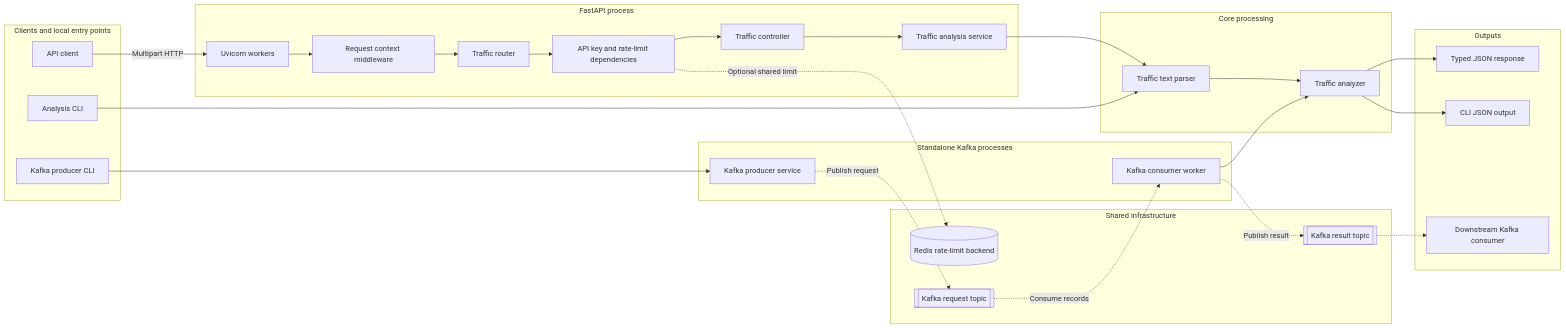
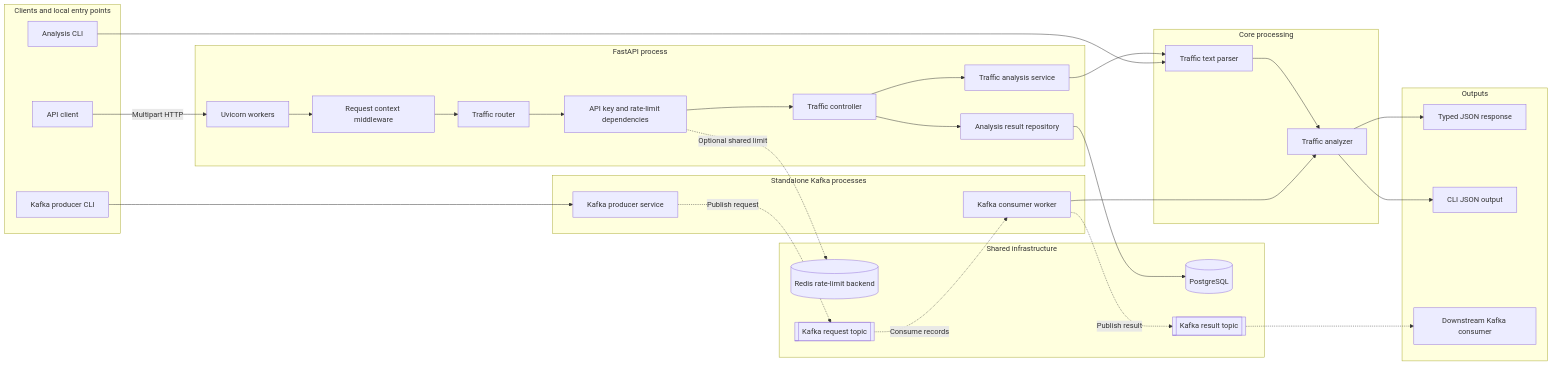
Before and after one commit to FairozaAmira/car-counter: the first of 2 diagrams in README.md, drawn with Mermaid. The commit also changed other lines of this file and 39 other files, not shown here.

Commit message:
feat(database): persist POST analysis results in PostgreSQL

````diff
--- a/README.md
+++ b/README.md
@@ -44,60 +47,64 @@
 ```mermaid
 flowchart LR
     subgraph clients["Clients and local entry points"]
         apiClient["API client"]
         analysisCli["Analysis CLI"]
         producerCli["Kafka producer CLI"]
     end
 
     subgraph api["FastAPI process"]
         uvicorn["Uvicorn workers"]
         requestContext["Request context middleware"]
         trafficRouter["Traffic router"]
         security["API key and rate-limit dependencies"]
         controller["Traffic controller"]
+        repository["Analysis result repository"]
         trafficService["Traffic analysis service"]
     end
 
     subgraph core["Core processing"]
         parser["Traffic text parser"]
         analyzer["Traffic analyzer"]
     end
 
     subgraph workers["Standalone Kafka processes"]
         producerService["Kafka producer service"]
         consumerWorker["Kafka consumer worker"]
     end
 
     subgraph infrastructure["Shared infrastructure"]
         redis[("Redis rate-limit backend")]
+        postgres[("PostgreSQL")]
         requestTopic[["Kafka request topic"]]
         resultTopic[["Kafka result topic"]]
     end
 
     subgraph outputs["Outputs"]
         apiResponse["Typed JSON response"]
         cliResponse["CLI JSON output"]
         downstream["Downstream Kafka consumer"]
     end
 
     apiClient -->|"Multipart HTTP"| uvicorn
     uvicorn --> requestContext
     requestContext --> trafficRouter
     trafficRouter --> security
     security -.->|"Optional shared limit"| redis
     security --> controller
+    controller --> repository
+    repository --> postgres
     controller --> trafficService
     trafficService --> parser
     parser --> analyzer
     analyzer --> apiResponse
 
     analysisCli --> parser
     analyzer --> cliResponse
 
     producerCli --> producerService
     producerService -.->|"Publish request"| requestTopic
     requestTopic -.->|"Consume records"| consumerWorker
     consumerWorker --> analyzer
     consumerWorker -.->|"Publish result"| resultTopic
     resultTopic -.-> downstream
 ```
````
